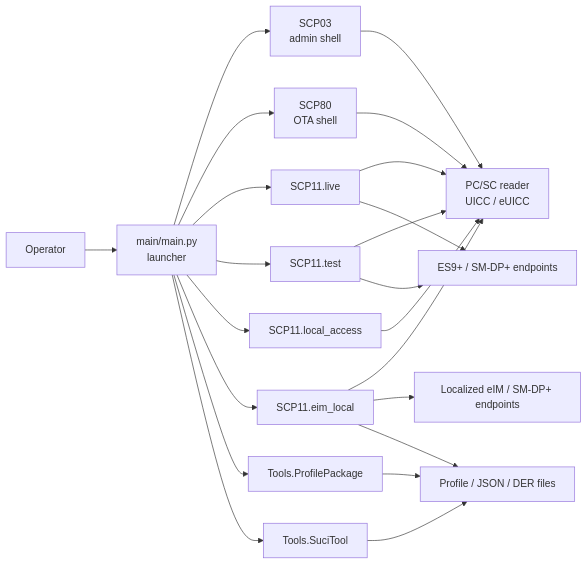
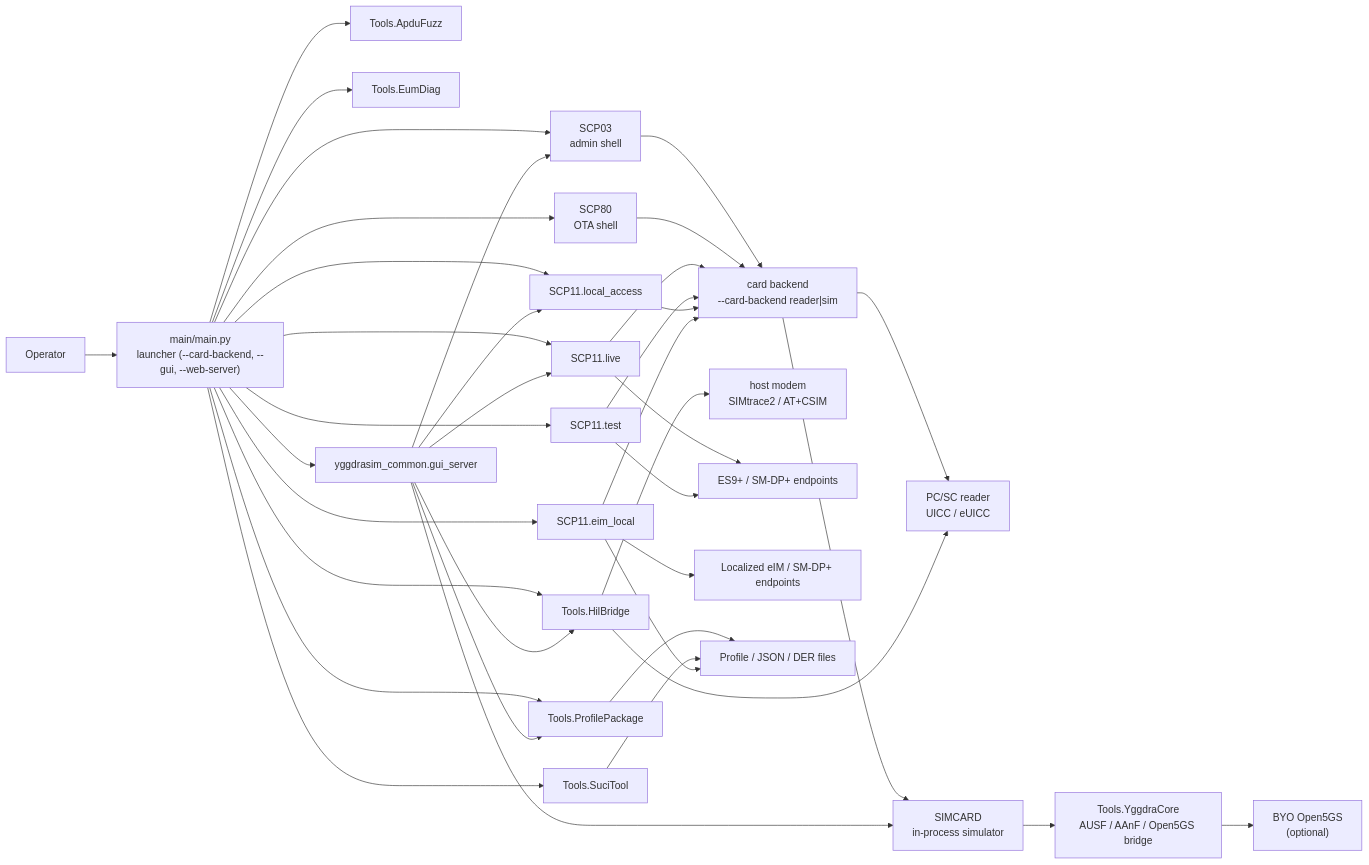
Before and after one commit to 1oT/YggdraSIM: the first of 12 diagrams in guides/ARCHITECTURE.md, drawn with Mermaid. The commit also changed other lines of this file and 270 other files, not shown here.

````diff
--- a/guides/ARCHITECTURE.md
+++ b/guides/ARCHITECTURE.md
@@ -31,28 +31,48 @@
 ```mermaid
 flowchart LR
-    Operator["Operator"] --> Launcher["main/main.py<br/>launcher"]
+    Operator["Operator"] --> Launcher["main/main.py<br/>launcher (--card-backend, --gui, --web-server)"]
 
     Launcher --> SCP03["SCP03<br/>admin shell"]
     Launcher --> SCP80["SCP80<br/>OTA shell"]
     Launcher --> Live["SCP11.live"]
     Launcher --> Test["SCP11.test"]
     Launcher --> Local["SCP11.local_access"]
     Launcher --> EimLocal["SCP11.eim_local"]
     Launcher --> ProfileTool["Tools.ProfilePackage"]
     Launcher --> Suci["Tools.SuciTool"]
+    Launcher --> Hil["Tools.HilBridge"]
+    Launcher --> Fuzz["Tools.ApduFuzz"]
+    Launcher --> Eum["Tools.EumDiag"]
+    Launcher --> Gui["yggdrasim_common.gui_server"]
 
-    SCP03 --> Card["PC/SC reader<br/>UICC / eUICC"]
-    SCP80 --> Card
-    Live --> Card
-    Test --> Card
-    Local --> Card
-    EimLocal --> Card
+    SCP03 --> Backend["card backend<br/>--card-backend reader|sim"]
+    SCP80 --> Backend
+    Live --> Backend
+    Test --> Backend
+    Local --> Backend
+    EimLocal --> Backend
+
+    Backend --> Card["PC/SC reader<br/>UICC / eUICC"]
+    Backend --> Sim["SIMCARD<br/>in-process simulator"]
+
+    Hil --> Card
+    Hil --> Modem["host modem<br/>SIMtrace2 / AT+CSIM"]
 
     Live --> Network["ES9+ / SM-DP+ endpoints"]
     Test --> Network
     EimLocal --> LocalServices["Localized eIM / SM-DP+ endpoints"]
 
+    Sim --> YggdraCore["Tools.YggdraCore<br/>AUSF / AAnF / Open5GS bridge"]
+    YggdraCore --> Open5gs["BYO Open5GS<br/>(optional)"]
+
     ProfileTool --> Files["Profile / JSON / DER files"]
     Suci --> Files
     EimLocal --> Files
+
+    Gui --> SCP03
+    Gui --> Live
+    Gui --> Local
+    Gui --> ProfileTool
+    Gui --> Sim
+    Gui --> Hil
 ```
````
